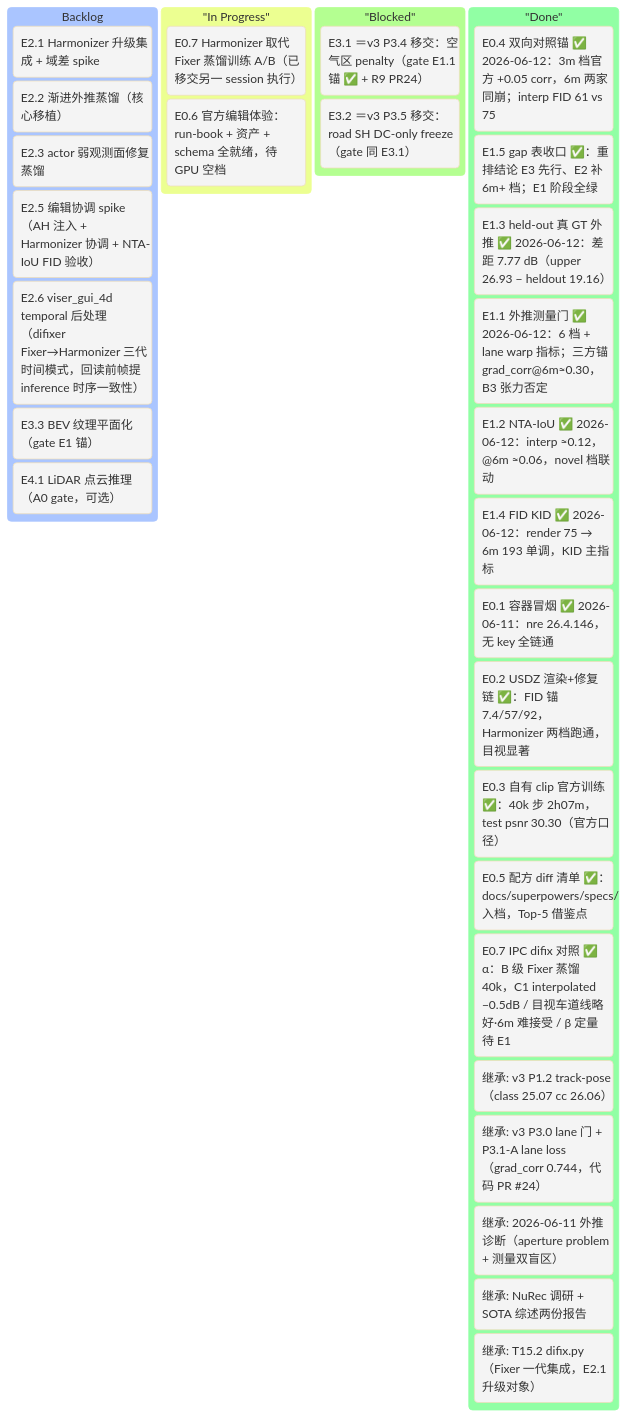
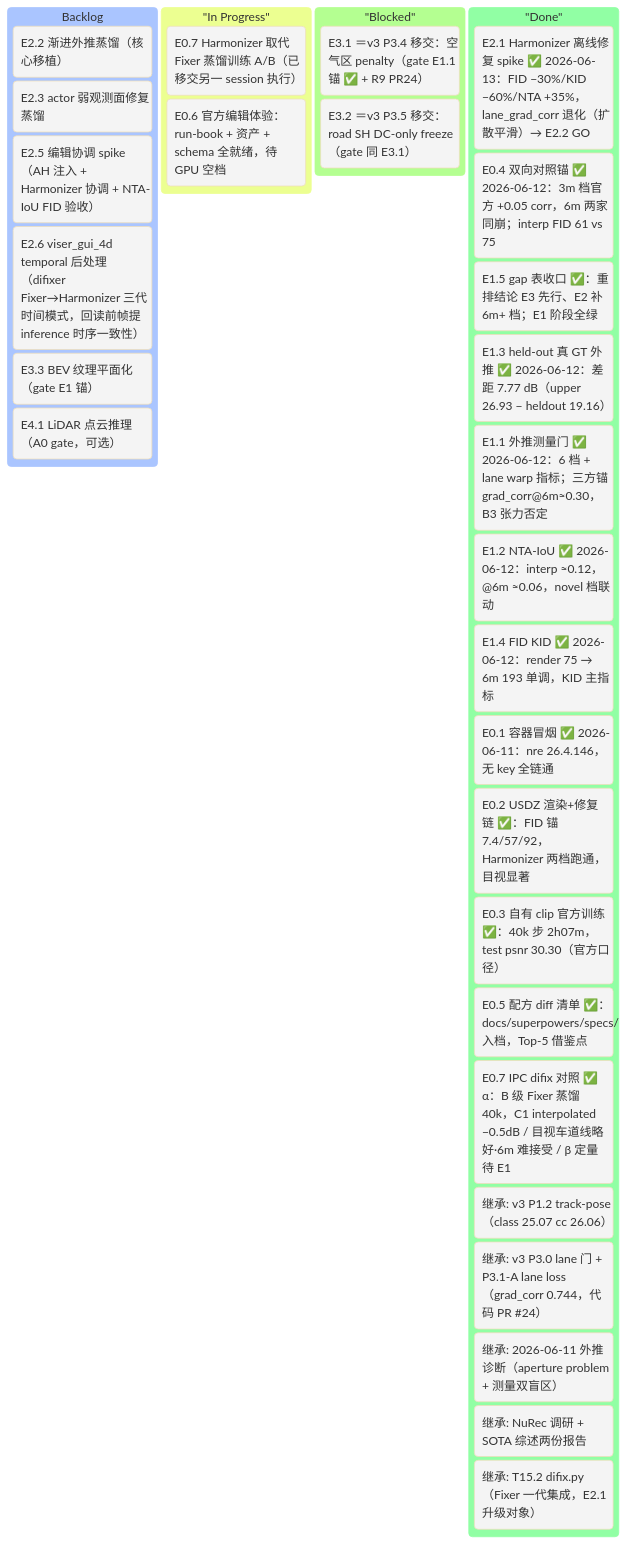
One commit to etendue/3dgrut changed the first of 2 diagrams in v4_plan.md. Above: the diagram before and after it, drawn with Mermaid. The commit also changed other lines of this file, not shown here.

First line of the commit message:
docs(plan): mark E2.1 done — Harmonizer 离线修复 spike 实测回填

````diff
--- a/v4_plan.md
+++ b/v4_plan.md
@@ -67,38 +67,38 @@
 ```mermaid
 %%{init: {'theme':'base'}}%%
 kanban
     Backlog
-        [E2.1 Harmonizer 升级集成 + 域差 spike]
         [E2.2 渐进外推蒸馏（核心移植）]
         [E2.3 actor 弱观测面修复蒸馏]
         [E2.5 编辑协调 spike（AH 注入 + Harmonizer 协调 + NTA-IoU FID 验收）]
         [E2.6 viser_gui_4d temporal 后处理（difixer Fixer→Harmonizer 三代时间模式，回读前帧提 inference 时序一致性）]
         [E3.3 BEV 纹理平面化（gate E1 锚）]
         [E4.1 LiDAR 点云推理（A0 gate，可选）]
 
     "In Progress"
         [E0.7 Harmonizer 取代 Fixer 蒸馏训练 A/B（已移交另一 session 执行）]
         [E0.6 官方编辑体验：run-book + 资产 + schema 全就绪，待 GPU 空档]
 
     "Blocked"
         [E3.1 ＝v3 P3.4 移交：空气区 penalty（gate E1.1 锚 ✅ + R9 PR24）]
         [E3.2 ＝v3 P3.5 移交：road SH DC-only freeze（gate 同 E3.1）]
 
     "Done"
+        [E2.1 Harmonizer 离线修复 spike ✅ 2026-06-13：FID −30%/KID −60%/NTA +35%，lane_grad_corr 退化（扩散平滑）→ E2.2 GO]
         [E0.4 双向对照锚 ✅ 2026-06-12：3m 档官方 +0.05 corr，6m 两家同崩；interp FID 61 vs 75]
         [E1.5 gap 表收口 ✅：重排结论 E3 先行、E2 补 6m+ 档；E1 阶段全绿]
         [E1.3 held-out 真 GT 外推 ✅ 2026-06-12：差距 7.77 dB（upper 26.93 − heldout 19.16）]
         [E1.1 外推测量门 ✅ 2026-06-12：6 档 + lane warp 指标；三方锚 grad_corr@6m≈0.30，B3 张力否定]
         [E1.2 NTA-IoU ✅ 2026-06-12：interp ≈0.12，@6m ≈0.06，novel 档联动]
         [E1.4 FID KID ✅ 2026-06-12：render 75 → 6m 193 单调，KID 主指标]
         [E0.1 容器冒烟 ✅ 2026-06-11：nre 26.4.146，无 key 全链通]
         [E0.2 USDZ 渲染+修复链 ✅：FID 锚 7.4/57/92，Harmonizer 两档跑通，目视显著]
         [E0.3 自有 clip 官方训练 ✅：40k 步 2h07m，test psnr 30.30（官方口径）]
         [E0.5 配方 diff 清单 ✅：docs/superpowers/specs/ 入档，Top-5 借鉴点]
         [E0.7 IPC difix 对照 ✅ α：B 级 Fixer 蒸馏 40k，C1 interpolated −0.5dB / 目视车道线略好·6m 难接受 / β 定量待 E1]
         [继承: v3 P1.2 track-pose（class 25.07 cc 26.06）]
         [继承: v3 P3.0 lane 门 + P3.1-A lane loss（grad_corr 0.744，代码 PR #24）]
         [继承: 2026-06-11 外推诊断（aperture problem + 测量双盲区）]
         [继承: NuRec 调研 + SOTA 综述两份报告]
         [继承: T15.2 difix.py（Fixer 一代集成，E2.1 升级对象）]
 ```
````
